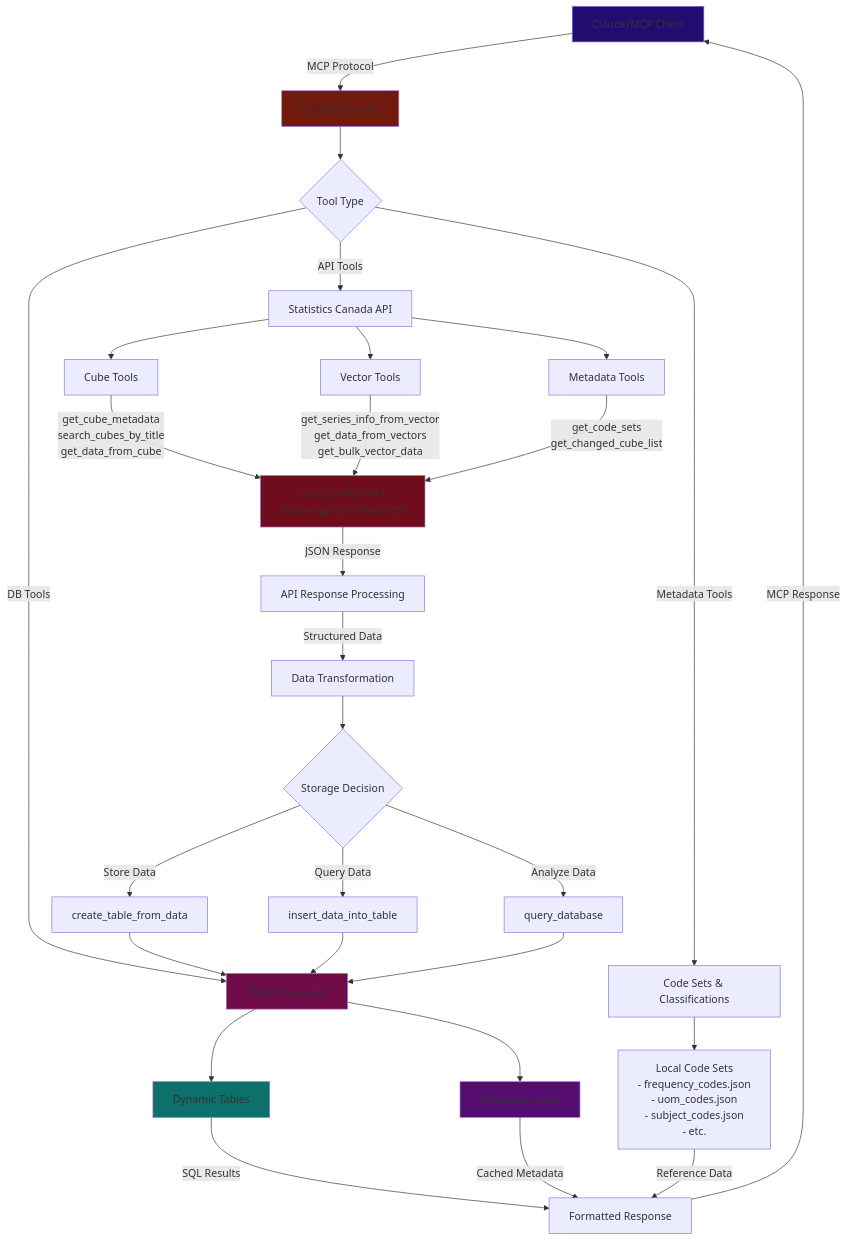
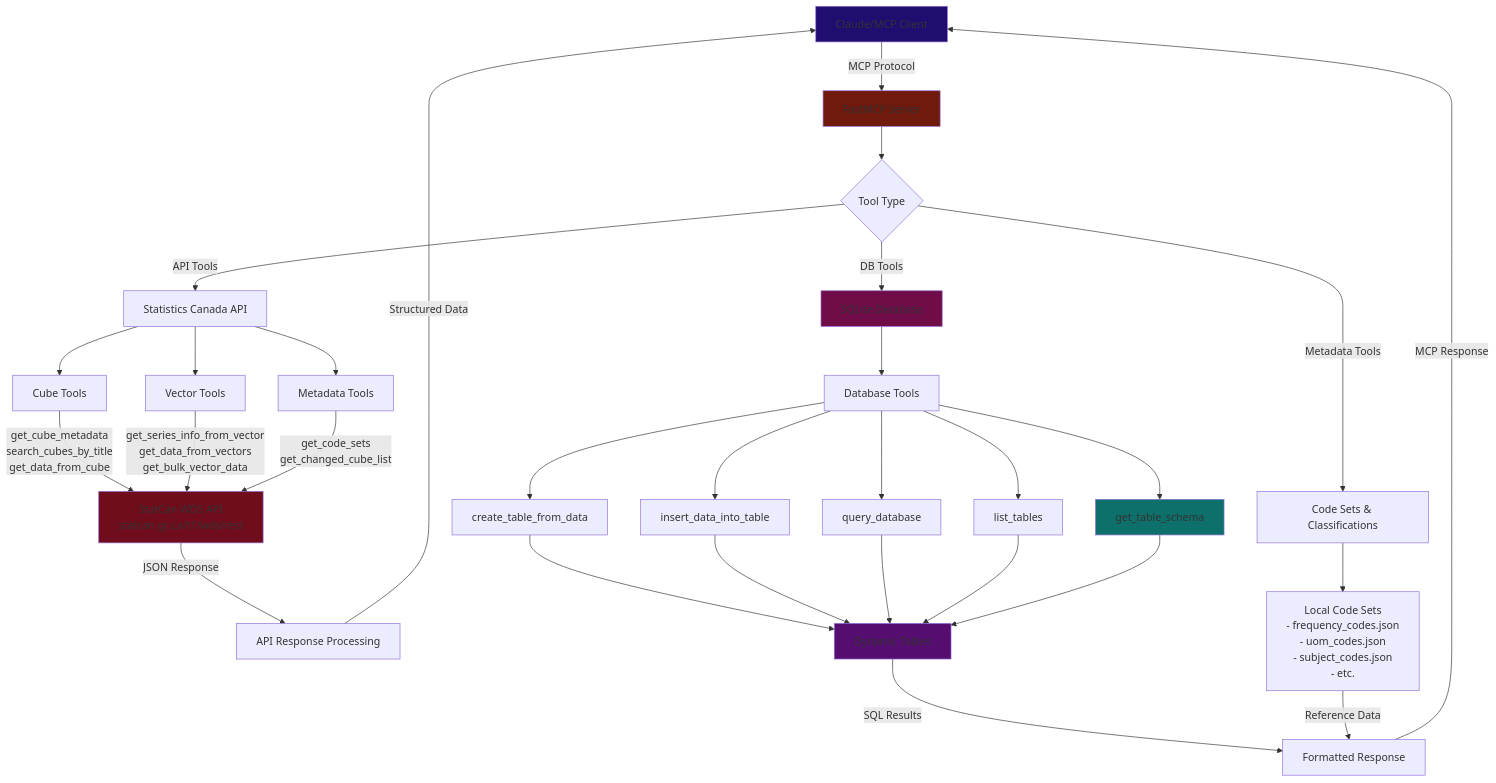
One commit to Aryan-Jhaveri/mcp-statcan changed the diagram in IMPLEMENTATIONS.md. Above: the diagram before and after it, drawn with Mermaid.

````diff
--- a/IMPLEMENTATIONS.md
+++ b/IMPLEMENTATIONS.md
@@ -19,47 +19,47 @@
 ```mermaid
 flowchart TD
     A[Claude/MCP Client] -->|MCP Protocol| B[FastMCP Server]
     
     B --> C{Tool Type}
     C -->|API Tools| D[Statistics Canada API]
     C -->|DB Tools| E[SQLite Database]
     C -->|Metadata Tools| F[Code Sets & Classifications]
     
     D --> G[Cube Tools]
     D --> H[Vector Tools]
     D --> I[Metadata Tools]
     
     G -->|get_cube_metadata<br/>search_cubes_by_title<br/>get_data_from_cube| J[StatCan WDS API<br/>statcan.gc.ca/t1/wds/rest]
     H -->|get_series_info_from_vector<br/>get_data_from_vectors<br/>get_bulk_vector_data| J
     I -->|get_code_sets<br/>get_changed_cube_list| J
     
     J -->|JSON Response| K[API Response Processing]
-    K -->|Structured Data| L[Data Transformation]
+    K -->|Structured Data| A
     
-    L --> M{Storage Decision}
-    M -->|Store Data| N[create_table_from_data]
-    M -->|Query Data| O[insert_data_into_table]
-    M -->|Analyze Data| P[query_database]
+    E --> L[Database Tools]
+    L --> M[create_table_from_data]
+    L --> N[insert_data_into_table] 
+    L --> O[query_database]
+    L --> P[list_tables]
+    L --> Q[get_table_schema]
     
-    N --> E
-    O --> E
-    P --> E
+    M --> R[Dynamic Tables]
+    N --> R
+    O --> R
+    P --> R
+    Q --> R
     
-    E --> Q[Dynamic Tables]
-    E --> R[Metadata Cache]
-    
-    Q -->|SQL Results| S[Formatted Response]
-    R -->|Cached Metadata| S
+    R -->|SQL Results| S[Formatted Response]
     
     S -->|MCP Response| A
     
     F --> T[Local Code Sets<br/>- frequency_codes.json<br/>- uom_codes.json<br/>- subject_codes.json<br/>- etc.]
     T -->|Reference Data| S
     
     style A fill:#210d70
     style B fill:#70190d
     style E fill:#700d49
     style J fill:#700d1c
     style Q fill:#0d706b
     style R fill:#560d70
 ```
````
